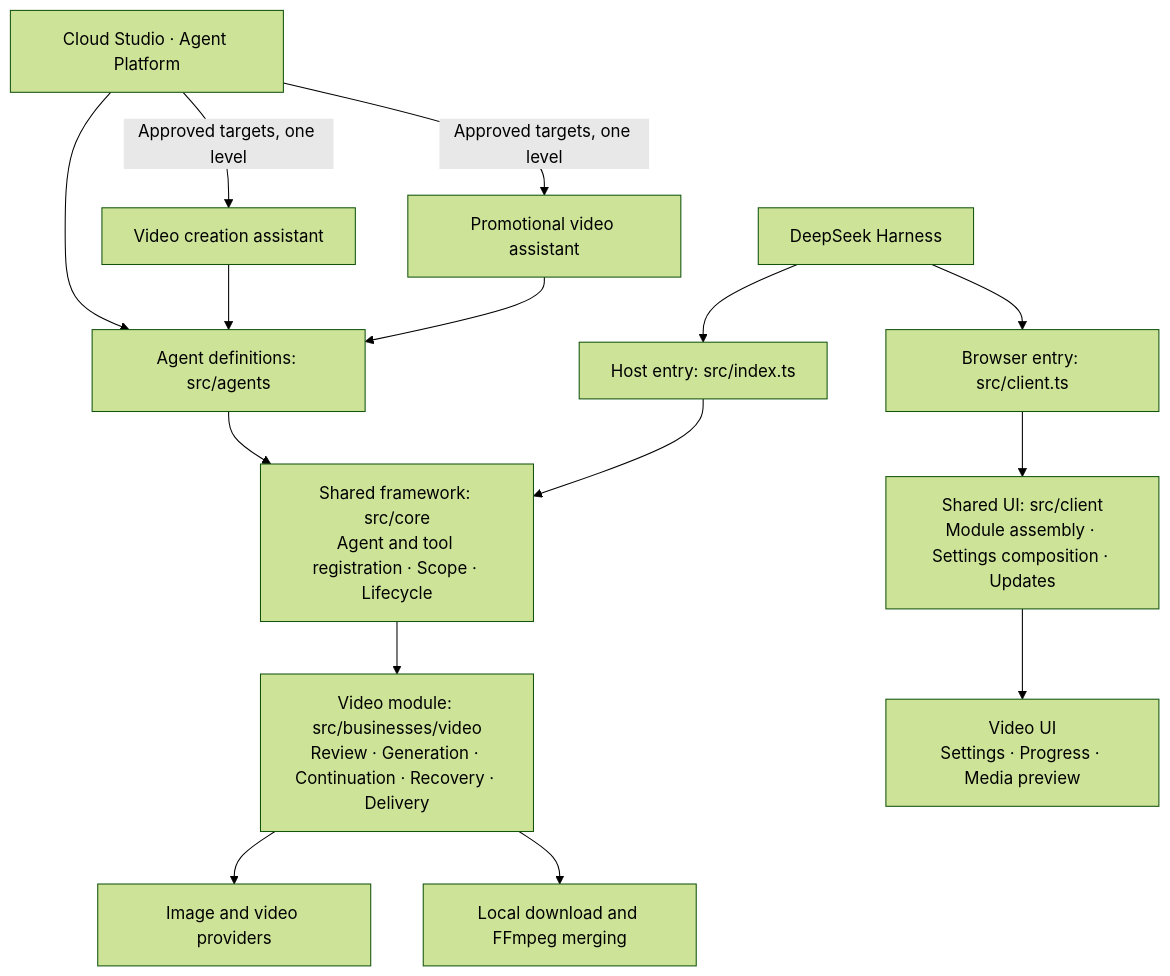
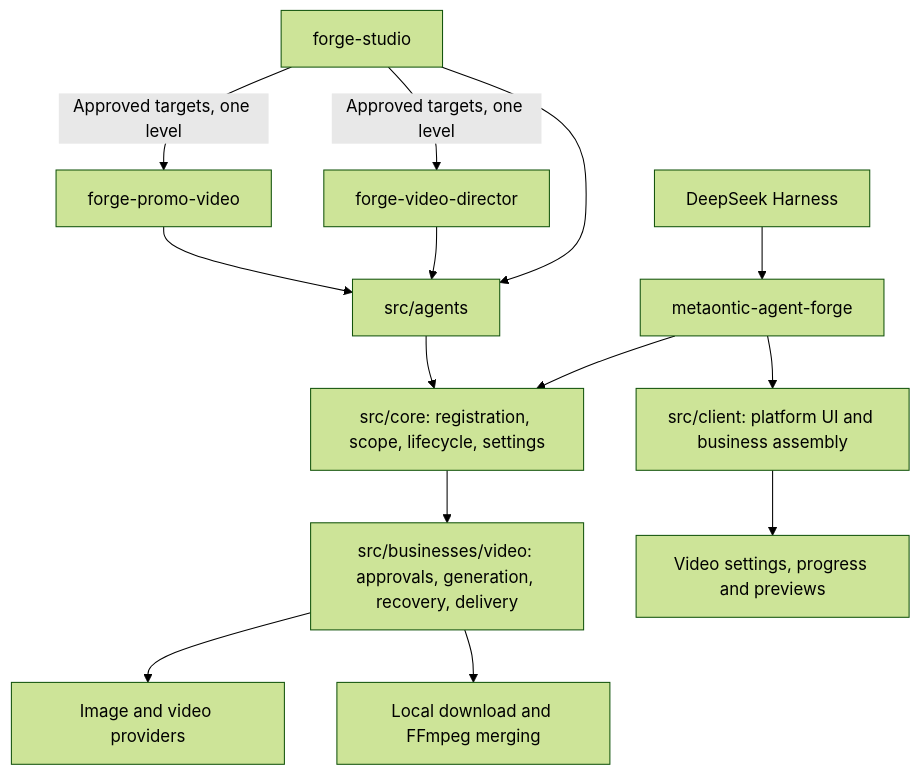
The diagram in README.en.md (wxsimon2022/metaontic-agent-forge), drawn with Mermaid (forest theme) before and after one commit. The commit also changed other lines of this file and 141 other files, not shown here.

````diff
--- a/README.en.md
+++ b/README.en.md
@@ -53,18 +40,16 @@
 ```mermaid
 flowchart TB
-    Harness[DeepSeek Harness]
-    Harness --> Host["Host entry: src/index.ts"]
-    Harness --> Client["Browser entry: src/client.ts"]
-    Studio[Cloud Studio · Agent Platform] -->|Approved targets, one level| Director[Video creation assistant]
-    Studio -->|Approved targets, one level| Promo[Promotional video assistant]
-    Studio --> Agents["Agent definitions: src/agents"]
-    Director --> Agents["Agent definitions: src/agents"]
-    Promo[Promotional video assistant] --> Agents
-    Agents --> Core["Shared framework: src/core<br/>Agent and tool registration · Scope · Lifecycle"]
-    Host --> Core
-    Core --> Video["Video module: src/businesses/video<br/>Review · Generation · Continuation · Recovery · Delivery"]
+    Harness[DeepSeek Harness] --> Entry[metaontic-agent-forge]
+    Entry --> Core["src/core: registration, scope, lifecycle, settings"]
+    Entry --> UI["src/client: platform UI and business assembly"]
+    Studio[forge-studio] -->|Approved targets, one level| VideoAgent[forge-video-director]
+    Studio -->|Approved targets, one level| PromoAgent[forge-promo-video]
+    Studio --> Agents[src/agents]
+    VideoAgent --> Agents
+    PromoAgent --> Agents
+    Agents --> Core
+    Core --> Video["src/businesses/video: approvals, generation, recovery, delivery"]
     Video --> Providers[Image and video providers]
     Video --> Media[Local download and FFmpeg merging]
-    Client --> UI["Shared UI: src/client<br/>Module assembly · Settings composition · Updates"]
-    UI --> VideoUI["Video UI<br/>Settings · Progress · Media preview"]
+    UI --> VideoUI[Video settings, progress and previews]
 ```
````
